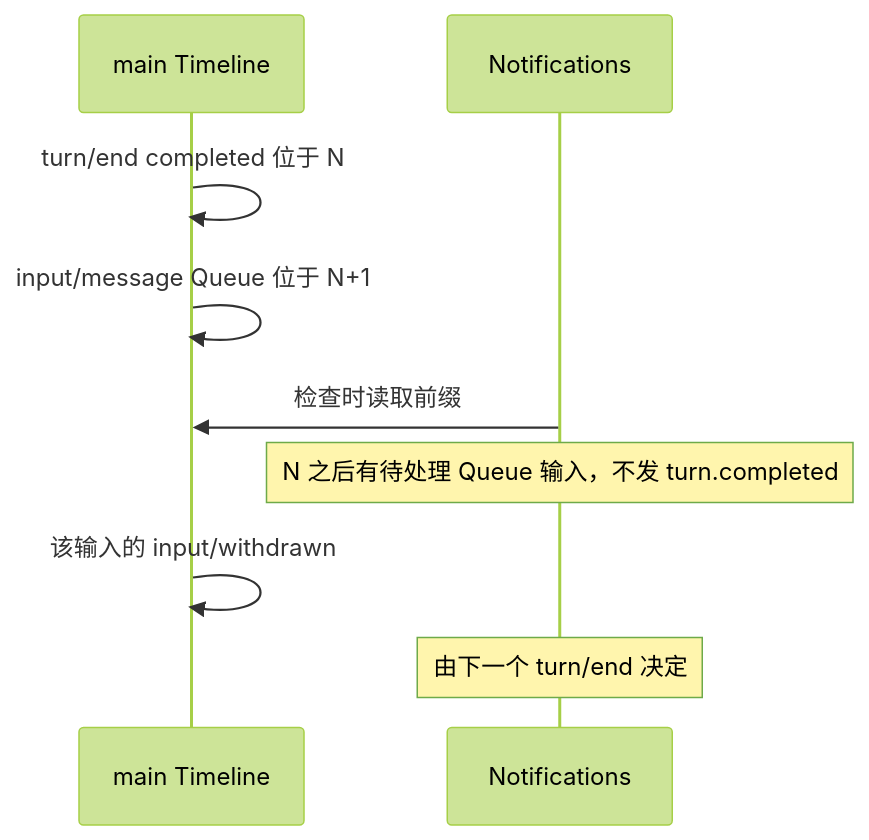
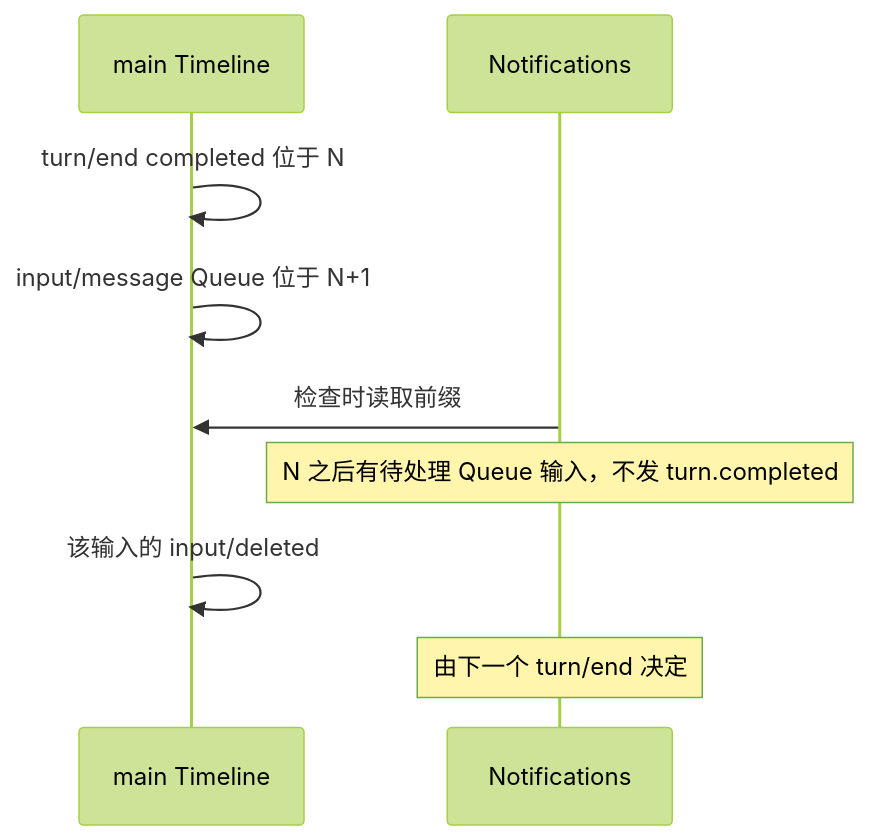
One commit to CoutinhoTTS/dim-agent changed the sixth of 6 diagrams in docs/zh/design/plugins/Notifications.md. Above: the diagram before and after it, drawn with Mermaid (forest theme). The commit also changed other lines of this file and 18 other files, not shown here.

````diff
--- a/docs/zh/design/plugins/Notifications.md
+++ b/docs/zh/design/plugins/Notifications.md
@@ -132,11 +132,11 @@
 ```mermaid
 sequenceDiagram
   participant TL as main Timeline
   participant NP as Notifications
   TL->>TL: turn/end completed 位于 N
   TL->>TL: input/message Queue 位于 N+1
   NP->>TL: 检查时读取前缀
   Note over NP: N 之后有待处理 Queue 输入，不发 turn.completed
-  TL->>TL: 该输入的 input/withdrawn
+  TL->>TL: 该输入的 input/deleted
   Note over NP: 由下一个 turn/end 决定
 ```
````
